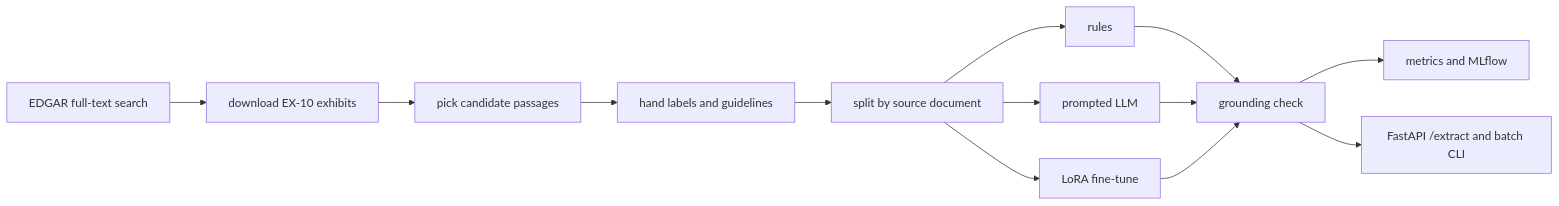
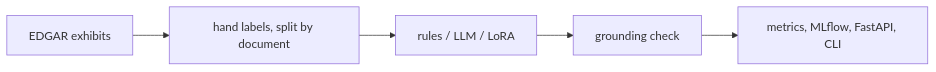
Before and after one commit to Srijareddy123/filing-extractor: the diagram in README.md, drawn with Mermaid. The commit also changed other lines of this file and 3 other files, not shown here.

````diff
--- a/README.md
+++ b/README.md
@@ -34,15 +23,5 @@
 ```mermaid
 flowchart LR
-    A[EDGAR full-text search] --> B[download EX-10 exhibits]
-    B --> C[pick candidate passages]
-    C --> D[hand labels and guidelines]
-    D --> E[split by source document]
-    E --> F1[rules]
-    E --> F2[prompted LLM]
-    E --> F3[LoRA fine-tune]
-    F1 --> G[grounding check]
-    F2 --> G
-    F3 --> G
-    G --> H[metrics and MLflow]
-    G --> I[FastAPI /extract and batch CLI]
+    A[EDGAR exhibits] --> B[hand labels, split by document] --> C[rules / LLM / LoRA]
+    C --> D[grounding check] --> E[metrics, MLflow, FastAPI, CLI]
 ```
````
